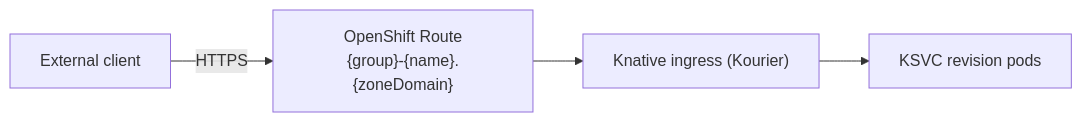
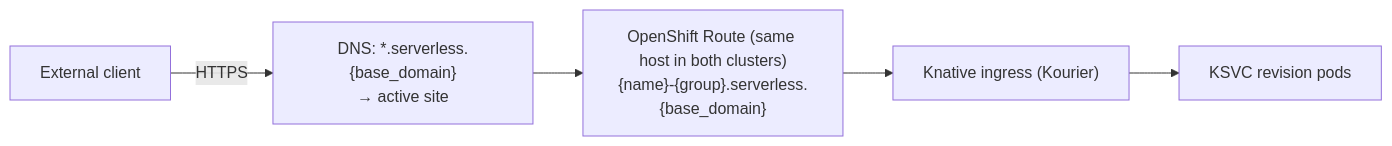
The fourth of 7 diagrams in docs/ARCHITECTURE.md (black-cloudlet/serverless), drawn with Mermaid before and after one commit. The commit also changed other lines of this file, not shown here.

First line of the commit message:
docs: refine architecture per review (API HA topology, DNS, ESO, ACME)

````diff
--- a/docs/ARCHITECTURE.md
+++ b/docs/ARCHITECTURE.md
@@ -350,6 +391,7 @@
 ```mermaid
 flowchart LR
-    Ext["External client"] -->|HTTPS| RT["OpenShift Route<br/>{group}-{name}.{zoneDomain}"]
+    Ext["External client"] -->|HTTPS| DNS["DNS: *.serverless.{base_domain}<br/>→ active site"]
+    DNS --> RT["OpenShift Route (same host in both clusters)<br/>{name}-{group}.serverless.{base_domain}"]
     RT --> KIN["Knative ingress (Kourier)"]
     KIN --> KSVC["KSVC revision pods"]
 ```
````
